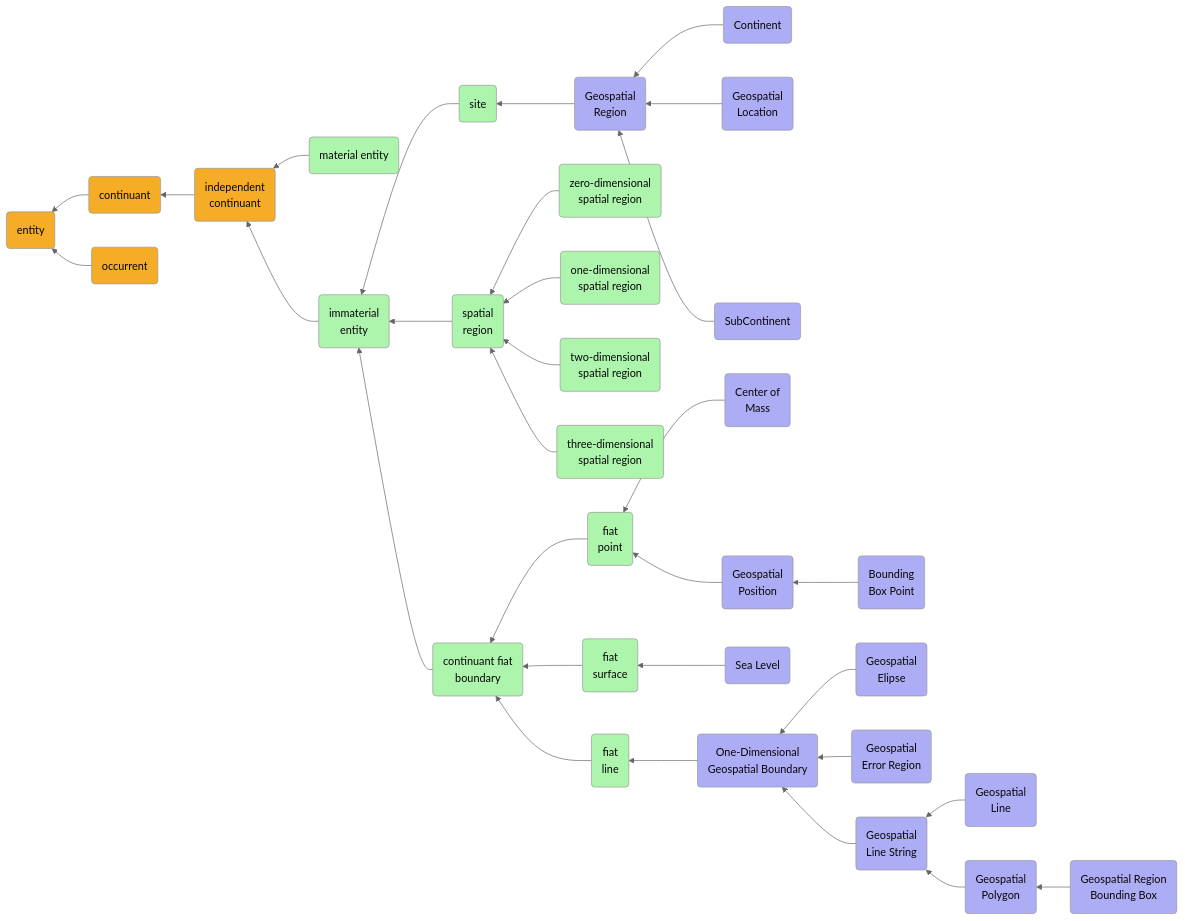
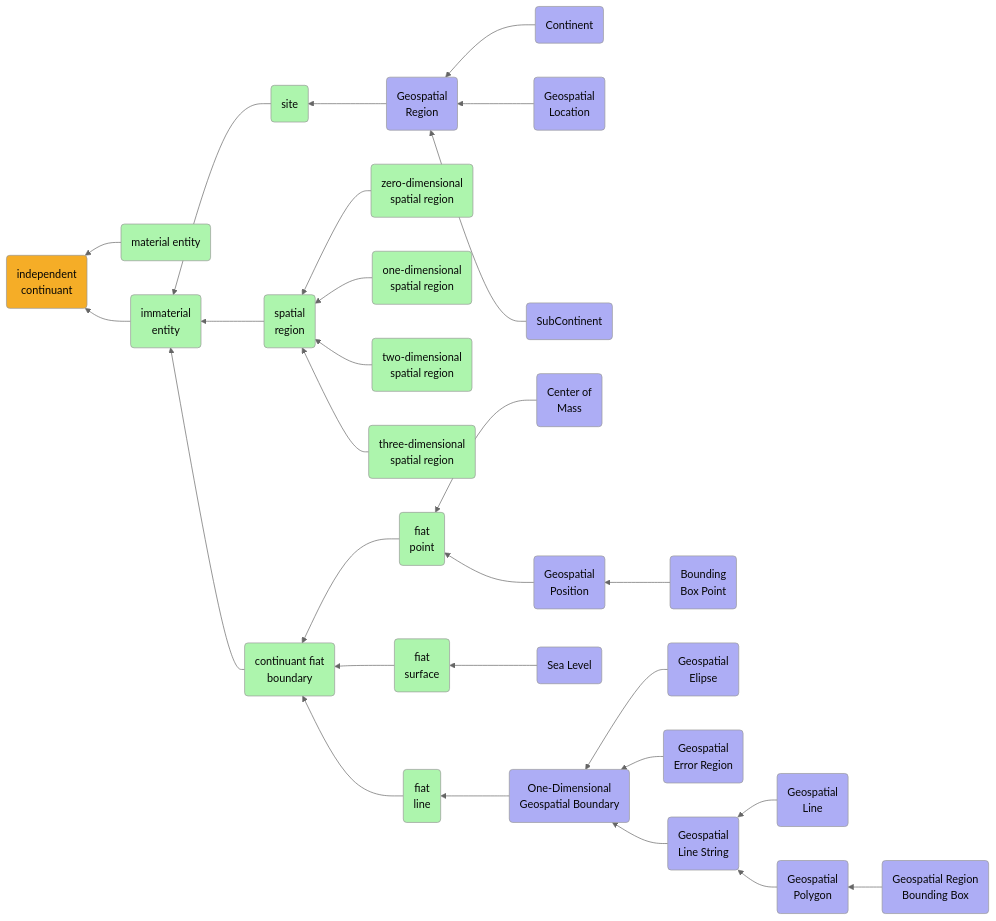
One commit to dr-shorthair/BFO-2020 changed the third of 4 diagrams in README.md. Above: the diagram before and after it, drawn with Mermaid (neutral theme). The commit also changed other lines of this file, not shown here.

First line of the commit message:
Remove Duplicate Independent Continuant Hierarchy section

````diff
--- a/README.md
+++ b/README.md
@@ -140,38 +112,35 @@
 ```mermaid
 graph RL
-	B(continuant):::BFO-->A(entity):::BFO
-	F(independent<br> continuant):::BFO-->B(continuant):::BFO
 	G(material entity):::IC-->F(independent<br> continuant):::BFO
 	H(immaterial<br> entity):::IC-->F(independent<br> continuant):::BFO
 	O(site):::IC-->H(immaterial<br> entity):::IC
 	O1(Geospatial<br>Region):::GS-->O(site):::IC
 	O11(Continent):::GS-->O1(Geospatial<br>Region):::GS
 	O12(Geospatial<br>Location):::GS-->O1(Geospatial<br>Region):::GS
 	O13(SubContinent):::GS-->O1(Geospatial<br>Region):::GS
 	P(spatial<br> region):::IC-->H(immaterial<br> entity):::IC
 	Q(continuant fiat<br> boundary):::IC-->H(immaterial<br> entity):::IC
 	R(fiat<br> point):::IC-->Q(continuant fiat<br> boundary):::IC
 	R1(Center of<br>Mass):::GS-->R(fiat<br> point):::IC
 	R2(Geospatial<br>Position):::GS-->R(fiat<br> point):::IC
 	R21(Bounding<br>Box Point):::GS-->R2(Geospatial<br>Position):::GS
 	S(fiat<br> surface):::IC-->Q(continuant fiat<br> boundary):::IC
 	S1(Sea Level):::GS-->S(fiat<br> surface):::IC
 	T(fiat<br> line):::IC-->Q(continuant fiat<br> boundary):::IC
 	T1(One-Dimensional<br>Geospatial Boundary):::GS-->T(fiat<br> line):::IC
 	T12(Geospatial<br>Elipse):::GS-->T1(One-Dimensional<br>Geospatial Boundary):::GS
 	T13(Geospatial<br>Error Region):::GS-->T1(One-Dimensional<br>Geospatial Boundary):::GS
 	T14(Geospatial<br>Line String):::GS-->T1(One-Dimensional<br>Geospatial Boundary):::GS
 	T141(Geospatial<br>Line):::GS-->T14(Geospatial<br>Line String):::GS
 	T142(Geospatial<br>Polygon):::GS-->T14(Geospatial<br>Line String):::GS
 	T1421(Geospatial Region<br>Bounding Box):::GS-->T142(Geospatial<br>Polygon):::GS
 	VD(zero-dimensional<br> spatial region):::IC-->P(spatial<br> region):::IC
 	U(one-dimensional<br> spatial region):::IC-->P(spatial<br> region):::IC
 	V(two-dimensional<br> spatial region):::IC-->P(spatial<br> region):::IC
 	W(three-dimensional<br> spatial region):::IC-->P(spatial<br> region):::IC
-	C(occurrent):::BFO-->A(entity):::BFO
 
     classDef BFO fill:#F5AD27,color:#060606
     classDef IC fill:#ADF5AD,color:#060606
     classDef GS fill:#ADADF5,color:#060606
 
 ```
````
